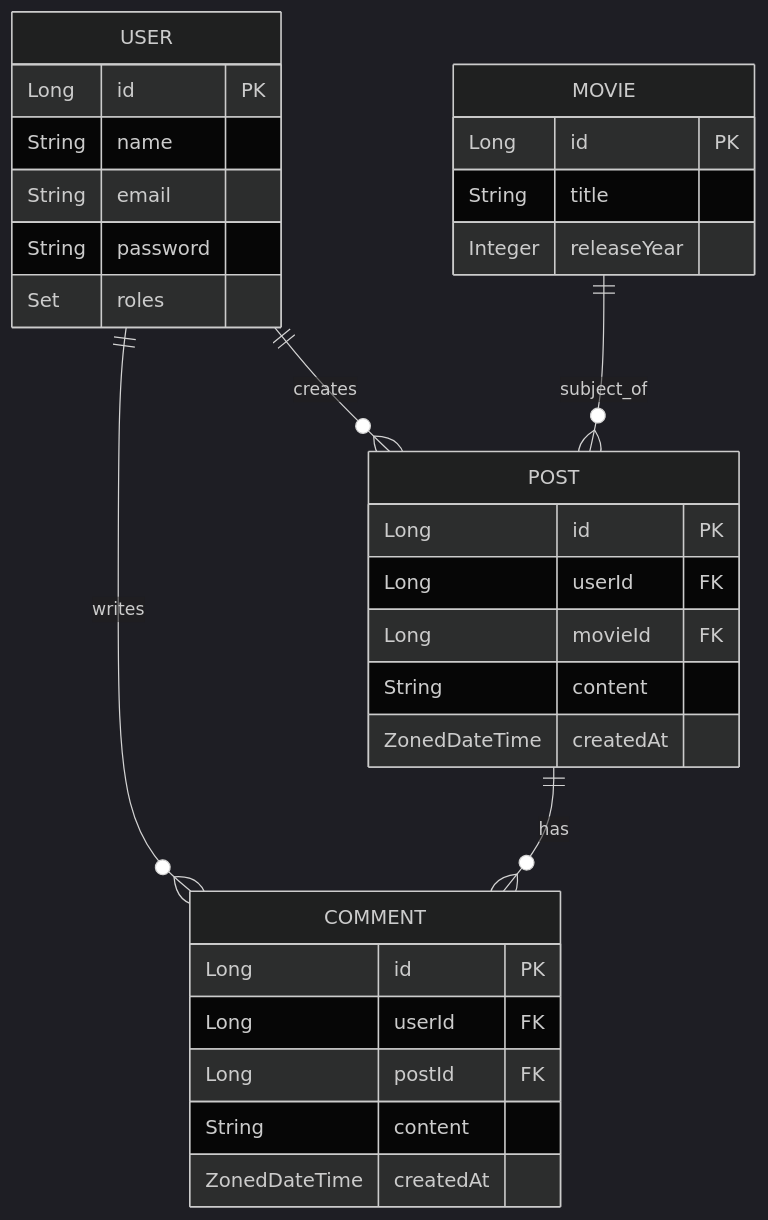
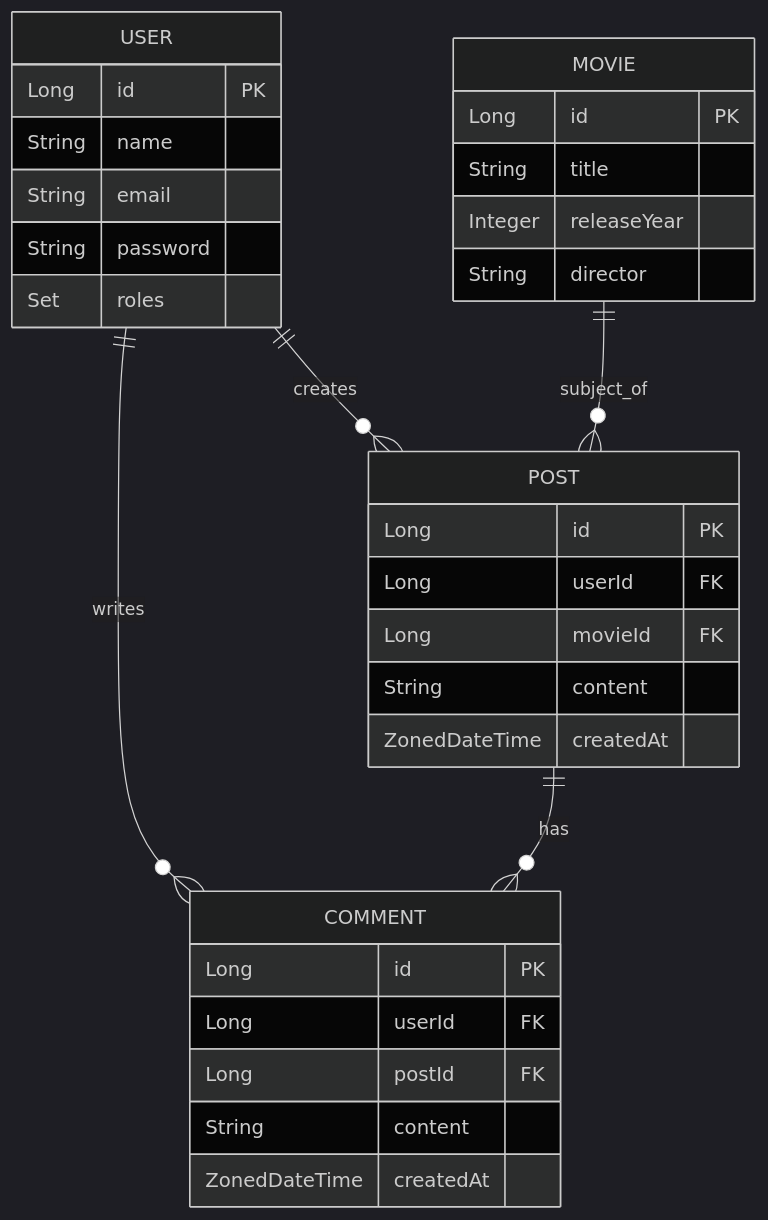
One commit to mateoismael/fammz changed the diagram in README.md. Above: the diagram before and after it, drawn with Mermaid (dark theme).

````diff
--- a/README.md
+++ b/README.md
@@ -87,37 +87,38 @@
 ```mermaid
 erDiagram
     USER ||--o{ POST : creates
     USER ||--o{ COMMENT : writes
     MOVIE ||--o{ POST : subject_of
     POST ||--o{ COMMENT : has
 
     USER {
         Long id PK
         String name
         String email
         String password
         Set roles
     }
 
     MOVIE {
         Long id PK
         String title
         Integer releaseYear
+        String director
     }
 
     POST {
         Long id PK
         Long userId FK
         Long movieId FK
         String content
         ZonedDateTime createdAt
     }
 
     COMMENT {
         Long id PK
         Long userId FK
         Long postId FK
         String content
         ZonedDateTime createdAt
     }
 ```
````
